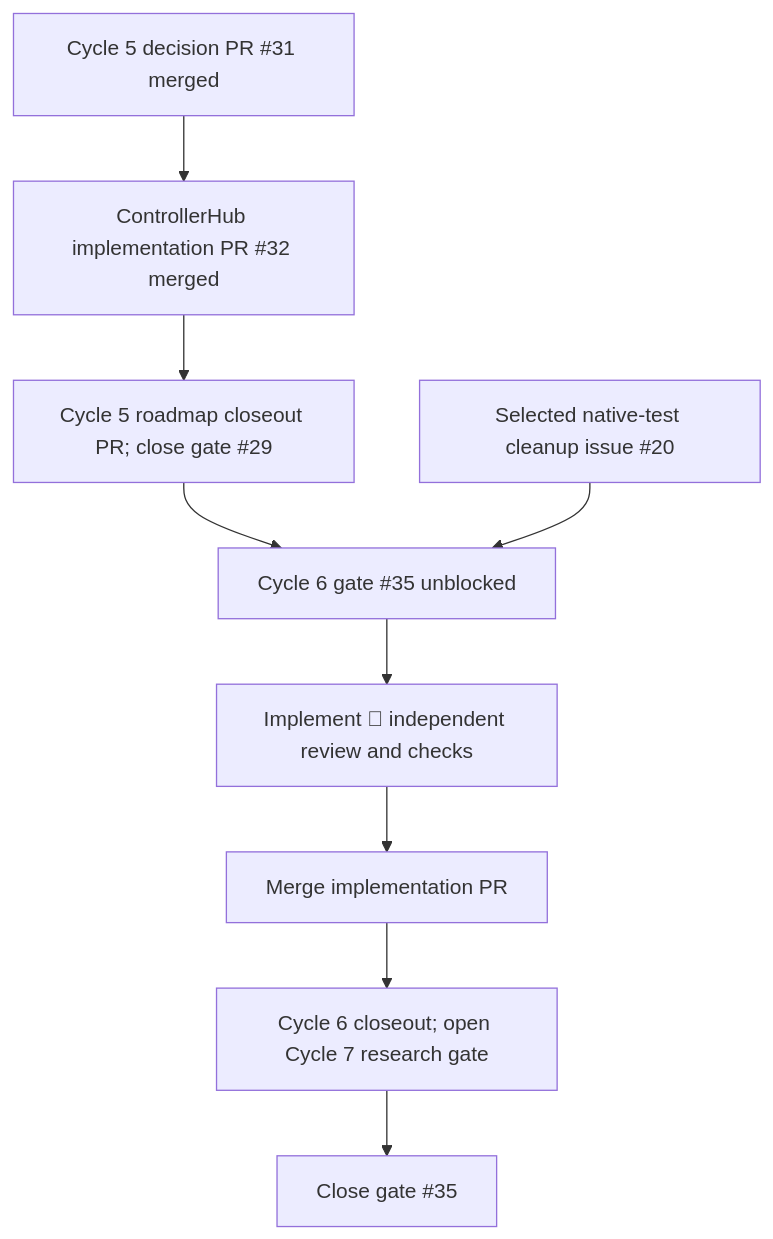
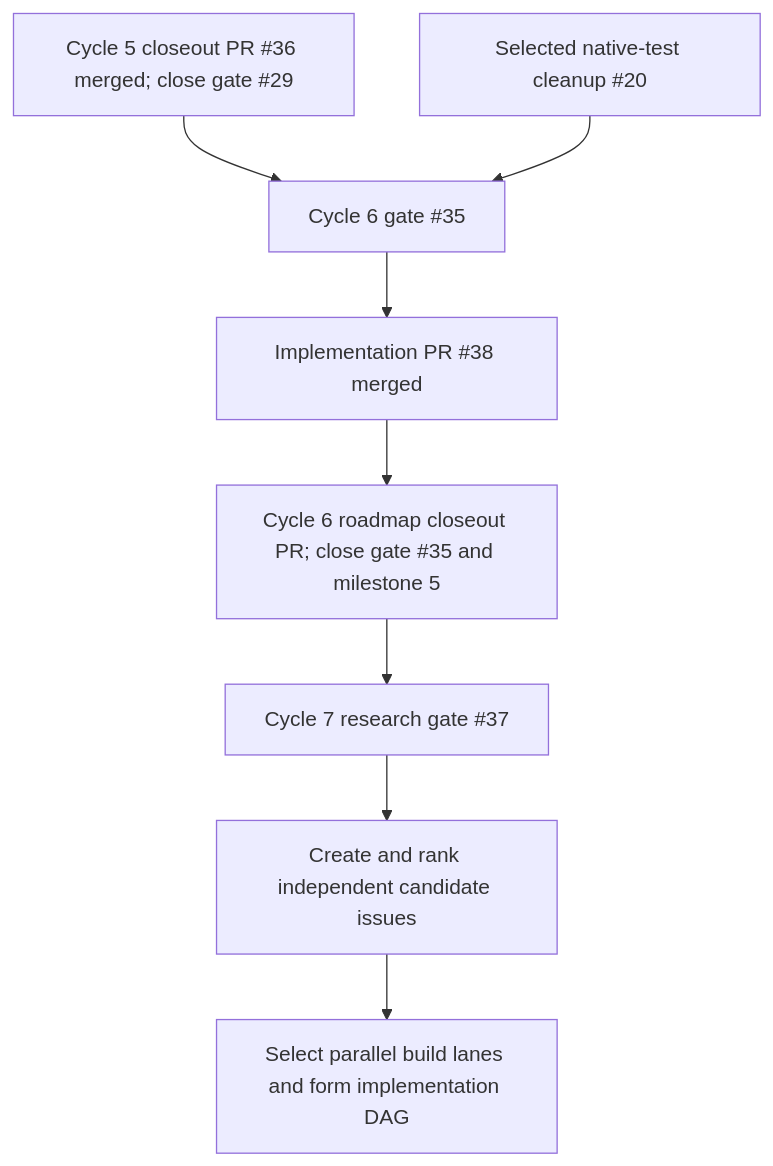
The first of 5 diagrams in docs/roadmap/ai-gaming-opportunities.md (SYMBaiEX/OpenController), drawn with Mermaid before and after one commit. The commit also changed other lines of this file, not shown here.

Commit message:
docs: close out cycle 6 and open cycle 7 gate

````diff
--- a/docs/roadmap/ai-gaming-opportunities.md
+++ b/docs/roadmap/ai-gaming-opportunities.md
@@ -161,11 +161,10 @@
 ```mermaid
 flowchart TD
-  A[Cycle 5 decision PR #31 merged] --> B[ControllerHub implementation PR #32 merged]
-  B --> C[Cycle 5 roadmap closeout PR; close gate #29]
-  C --> D[Cycle 6 gate #35 unblocked]
-  E[Selected native-test cleanup issue #20] --> D
-  D --> F[Implement #20; independent review and checks]
-  F --> G[Merge implementation PR]
-  G --> H[Cycle 6 closeout; open Cycle 7 research gate]
-  H --> I[Close gate #35]
+  A[Cycle 5 closeout PR #36 merged; close gate #29] --> B[Cycle 6 gate #35]
+  C[Selected native-test cleanup #20] --> B
+  B --> D[Implementation PR #38 merged]
+  D --> E[Cycle 6 roadmap closeout PR; close gate #35 and milestone 5]
+  E --> F[Cycle 7 research gate #37]
+  F --> G[Create and rank independent candidate issues]
+  G --> H[Select parallel build lanes and form implementation DAG]
 ```
````
